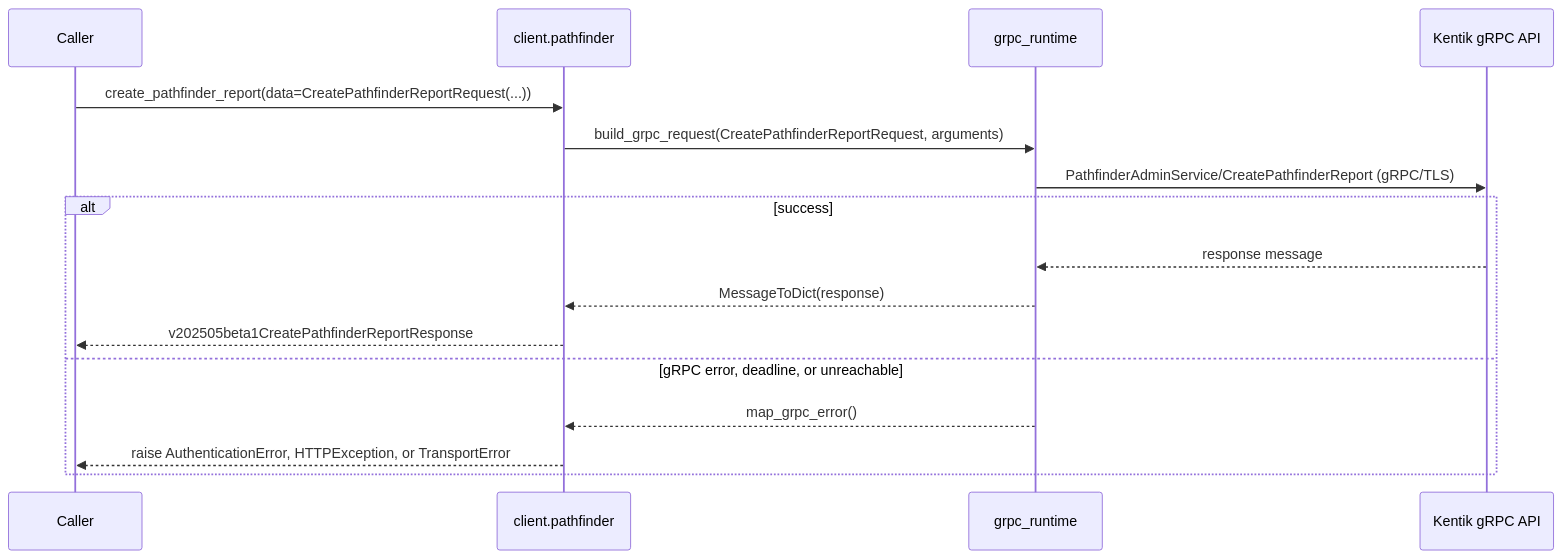
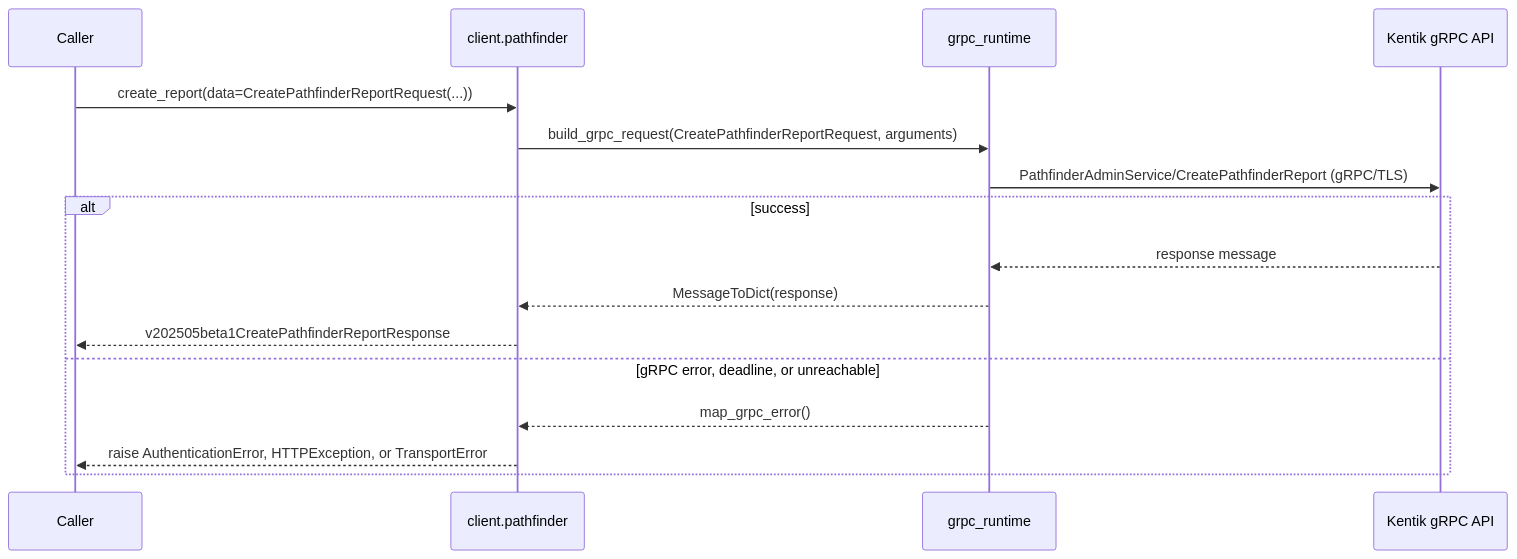
The third of 4 diagrams in docs/sphinx/services/pathfinder.md (alexdearaujo/community_sdk_python), drawn with Mermaid before and after one commit. The commit also changed other lines of this file and 28 other files, not shown here.

````diff
--- a/docs/sphinx/services/pathfinder.md
+++ b/docs/sphinx/services/pathfinder.md
@@ -59,19 +59,19 @@
 ```mermaid
 sequenceDiagram
     participant C as Caller
     participant W as client.pathfinder
     participant R as grpc_runtime
     participant API as Kentik gRPC API
 
-    C->>W: create_pathfinder_report(data=CreatePathfinderReportRequest(...))
+    C->>W: create_report(data=CreatePathfinderReportRequest(...))
     W->>R: build_grpc_request(CreatePathfinderReportRequest, arguments)
     R->>API: PathfinderAdminService/CreatePathfinderReport (gRPC/TLS)
     alt success
         API-->>R: response message
         R-->>W: MessageToDict(response)
         W-->>C: v202505beta1CreatePathfinderReportResponse
     else gRPC error, deadline, or unreachable
         R-->>W: map_grpc_error()
         W-->>C: raise AuthenticationError, HTTPException, or TransportError
     end
 ```
````
